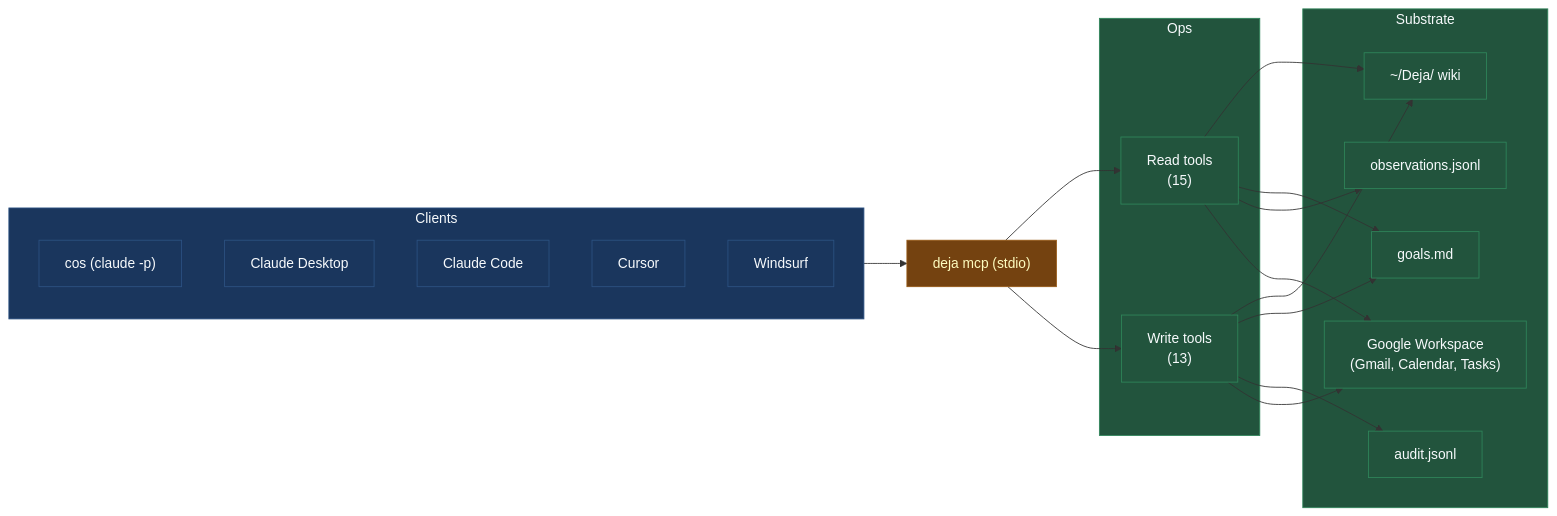
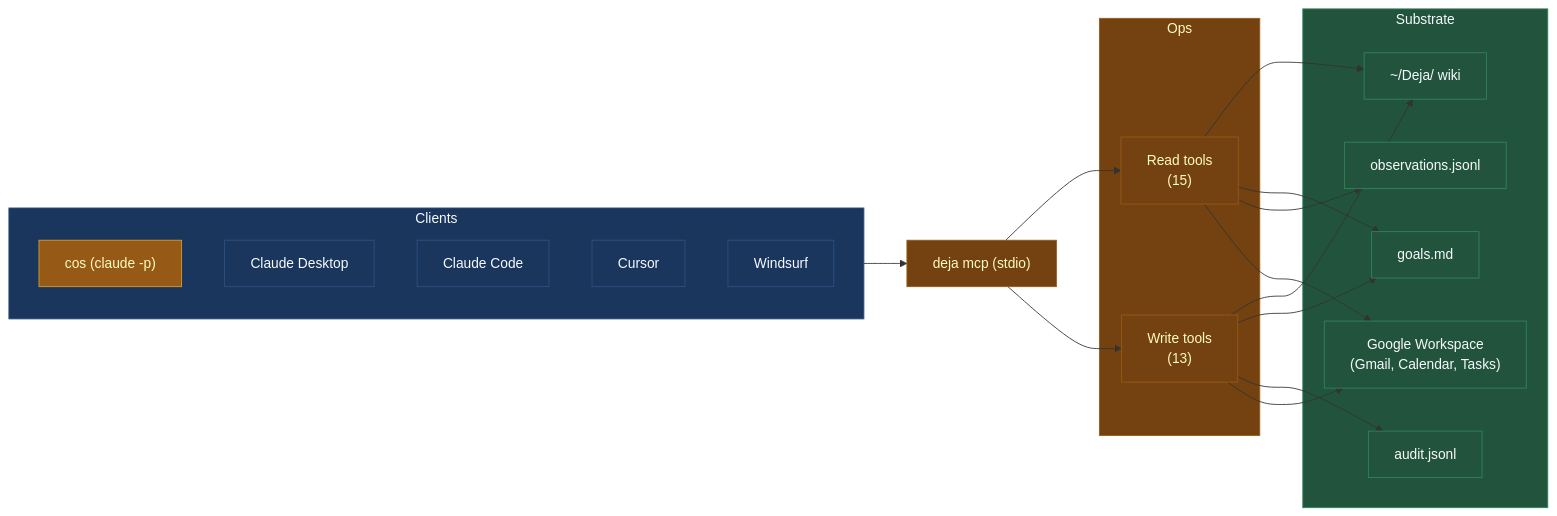
Before and after one commit to dwurtz/lighthouse: the diagram in docs-site/docs/mcp.md, drawn with Mermaid. The commit also changed other lines of this file and 11 other files, not shown here.

````diff
--- a/docs-site/docs/mcp.md
+++ b/docs-site/docs/mcp.md
@@ -7,46 +11,48 @@
 ```mermaid
 flowchart LR
     subgraph Clients
         Cos["cos (claude -p)"]
         CD[Claude Desktop]
         CC[Claude Code]
         CU[Cursor]
         WS[Windsurf]
     end
 
     MCP["deja mcp (stdio)"]
 
     subgraph Ops
         R["Read tools<br/>(15)"]
         W["Write tools<br/>(13)"]
     end
 
     subgraph Substrate
         WK["~/Deja/ wiki"]
         GL["goals.md"]
         AUD["audit.jsonl"]
         OBS["observations.jsonl"]
         GWS["Google Workspace<br/>(Gmail, Calendar, Tasks)"]
     end
 
     Clients --> MCP
     MCP --> R
     MCP --> W
     R --> WK
     R --> GL
     R --> OBS
     R --> GWS
     W --> WK
     W --> GL
     W --> AUD
     W --> GWS
 
-    classDef client fill:#1a365d,stroke:#2c5282,color:#f7fafc
-    classDef mcp fill:#744210,stroke:#975a16,color:#fefcbf
-    classDef ops fill:#22543d,stroke:#2f855a,color:#f7fafc
-    classDef sub fill:#22543d,stroke:#2f855a,color:#f7fafc
-    class Clients,Cos,CD,CC,CU,WS client
-    class MCP mcp
-    class Ops,R,W ops
-    class Substrate,WK,GL,AUD,OBS,GWS sub
+    classDef source  fill:#1a365d,stroke:#2c5282,color:#f7fafc
+    classDef wiki    fill:#22543d,stroke:#2f855a,color:#f7fafc
+    classDef process fill:#744210,stroke:#975a16,color:#fefcbf
+    classDef cos     fill:#975a16,stroke:#d69e2e,color:#fefcbf
+    classDef aside   fill:#3d3d3d,stroke:#555,color:#ccc
+    class Clients,CD,CC,CU,WS source
+    class Cos cos
+    class MCP process
+    class Ops,R,W process
+    class Substrate,WK,GL,AUD,OBS,GWS wiki
 ```
````
